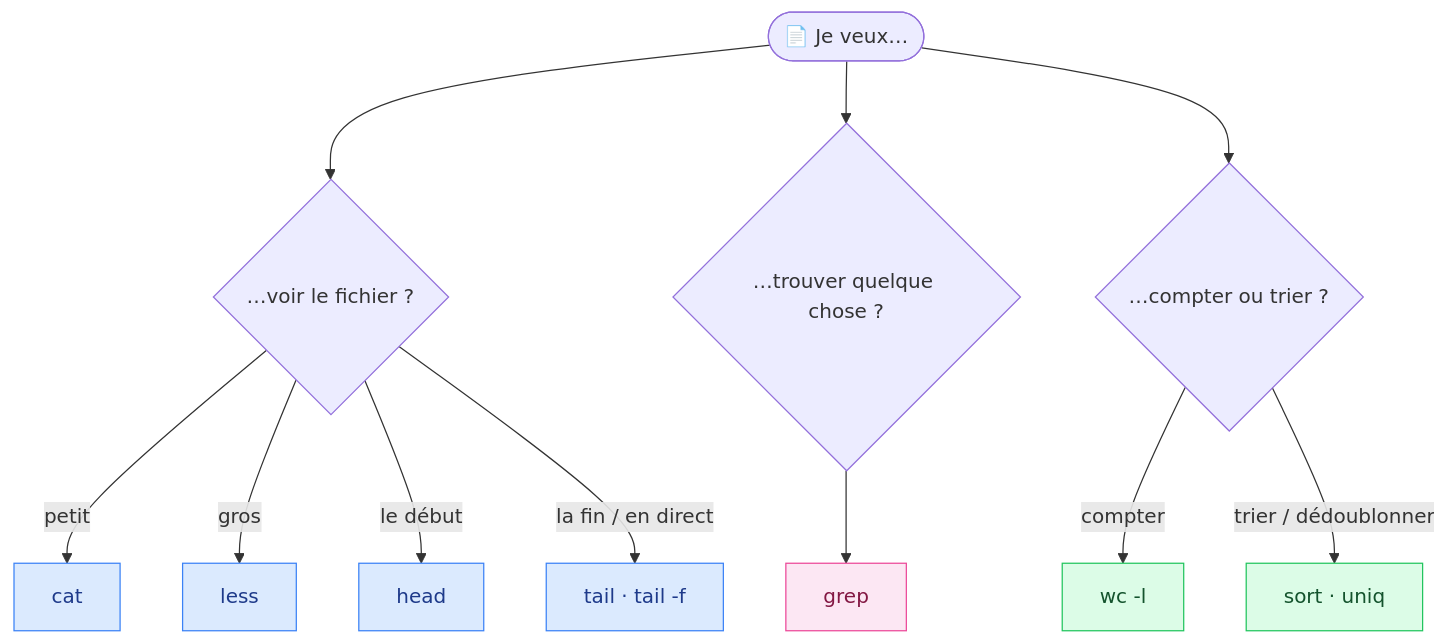
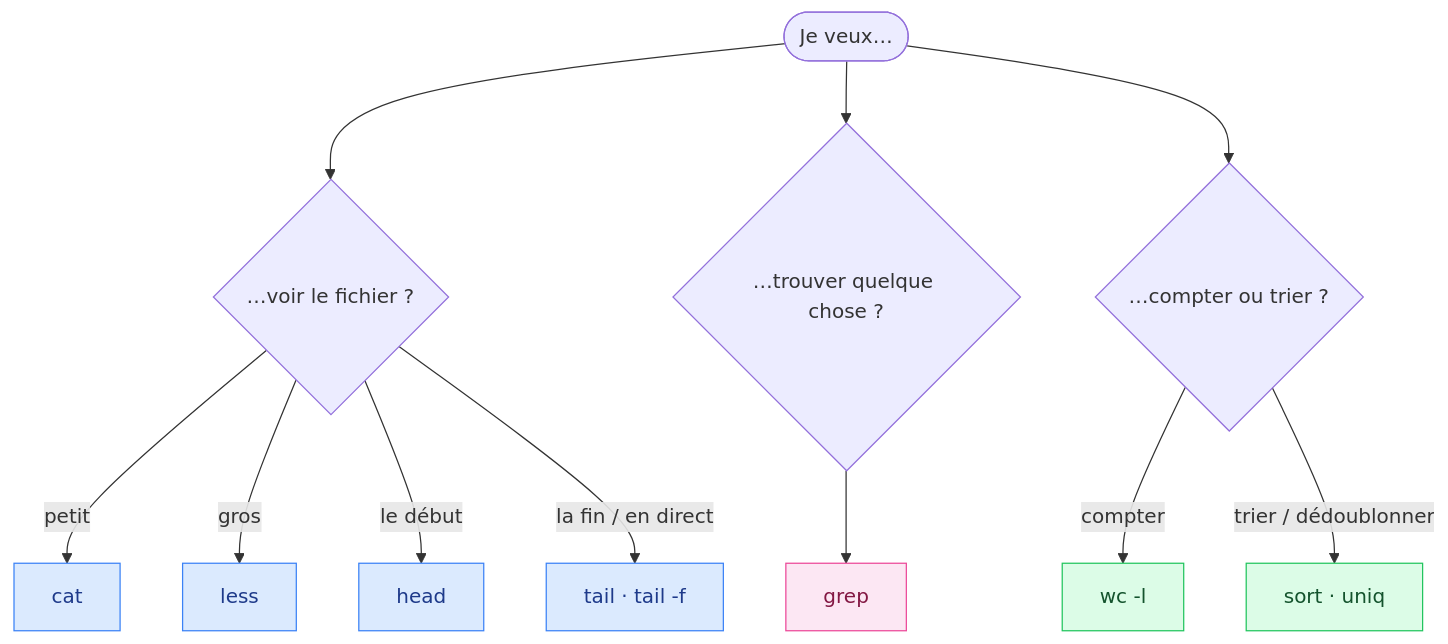
The first of 2 diagrams in methodologie-securite-it/linux/04-lire-chercher-texte.md (GoobyWoobies/HEIA-IT), drawn with Mermaid before and after one commit. The commit also changed other lines of this file and 24 other files, not shown here.

````diff
--- a/methodologie-securite-it/linux/04-lire-chercher-texte.md
+++ b/methodologie-securite-it/linux/04-lire-chercher-texte.md
@@ -30,21 +30,21 @@
 ```mermaid
 flowchart TD
-    S(["📄 Je veux…"]) --> A{"…voir le fichier ?"}
+    S(["Je veux…"]) --> A{"…voir le fichier ?"}
     S --> B{"…trouver quelque chose ?"}
     S --> C{"…compter ou trier ?"}
     A -->|"petit"| CAT["cat"]
     A -->|"gros"| LESS["less"]
     A -->|"le début"| HEAD["head"]
     A -->|"la fin / en direct"| TAIL["tail · tail -f"]
     B --> GREP["grep"]
     C -->|"compter"| WC["wc -l"]
     C -->|"trier / dédoublonner"| SORT["sort · uniq"]
 
     style CAT fill:#dbeafe,stroke:#3b82f6,color:#1e3a8a
     style LESS fill:#dbeafe,stroke:#3b82f6,color:#1e3a8a
     style HEAD fill:#dbeafe,stroke:#3b82f6,color:#1e3a8a
     style TAIL fill:#dbeafe,stroke:#3b82f6,color:#1e3a8a
     style GREP fill:#fce7f3,stroke:#ec4899,color:#831843
     style WC fill:#dcfce7,stroke:#22c55e,color:#14532d
     style SORT fill:#dcfce7,stroke:#22c55e,color:#14532d
 ```
````
